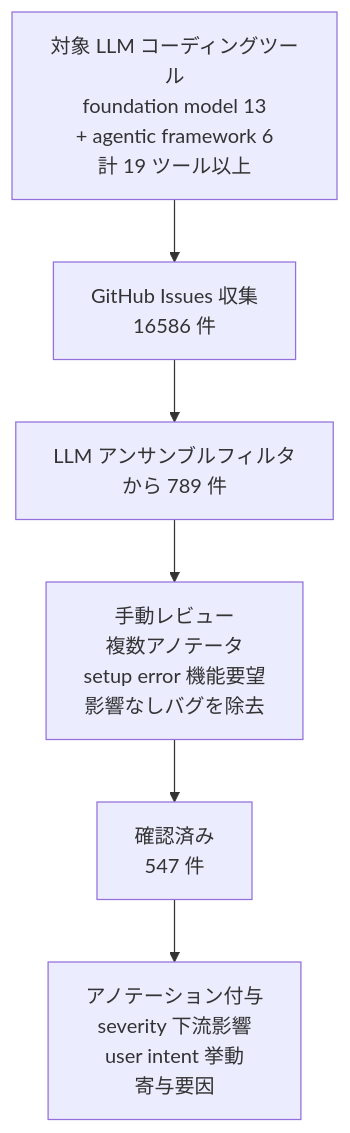
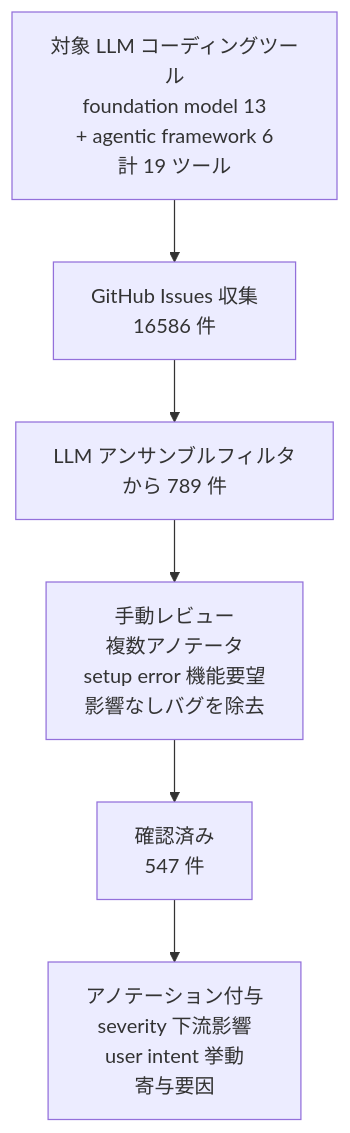
Before and after one commit to suwa-sh/zenn-contents: the fourth of 7 diagrams in articles/what-breaks-when-llms-code_20260602.md, drawn with Mermaid. The commit also changed other lines of this file, not shown here.

````diff
--- a/articles/what-breaks-when-llms-code_20260602.md
+++ b/articles/what-breaks-when-llms-code_20260602.md
@@ -194,11 +194,11 @@
 ```mermaid
 graph TB
-  TOOLS["対象 LLM コーディングツール<br/>foundation model 13<br/>+ agentic framework 6<br/>計 19 ツール以上"]
+  TOOLS["対象 LLM コーディングツール<br/>foundation model 13<br/>+ agentic framework 6<br/>計 19 ツール"]
   RAW["GitHub Issues 収集<br/>16586 件"]
   LLM3I["LLM アンサンブルフィルタ<br/>から 789 件"]
   MAN2["手動レビュー<br/>複数アノテータ<br/>setup error 機能要望<br/>影響なしバグを除去"]
   FINAL2["確認済み<br/>547 件"]
   ANNOT["アノテーション付与<br/>severity 下流影響<br/>user intent 挙動<br/>寄与要因"]
 
   TOOLS --> RAW --> LLM3I --> MAN2 --> FINAL2 --> ANNOT
 ```
````
